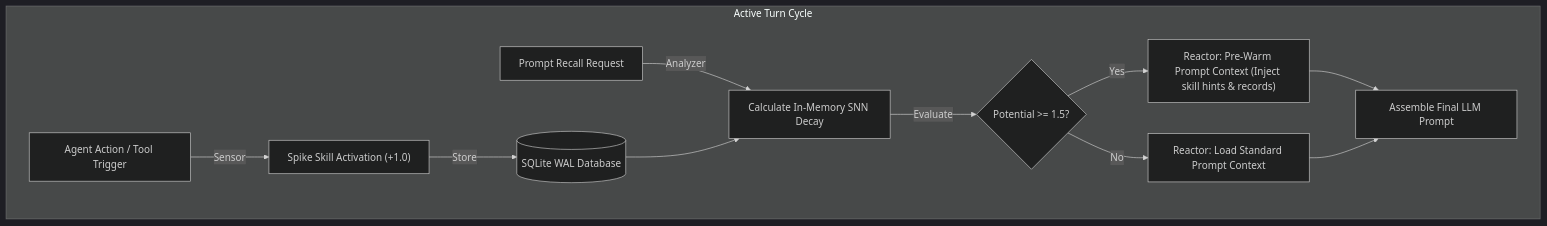
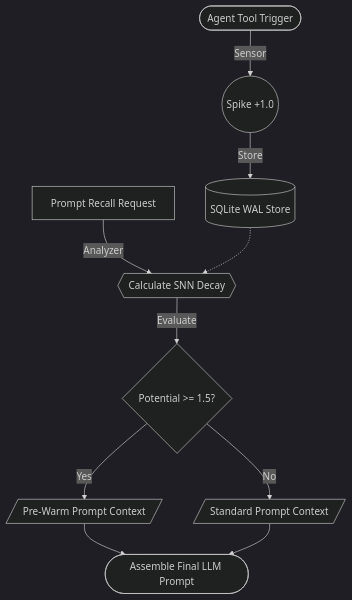
One commit to kinqsradiollc/BrainRouter changed the second of 2 diagrams in README.md. Above: the diagram before and after it, drawn with Mermaid (dark theme). The commit also changed other lines of this file, not shown here.

Commit message:
docs: restructure README to enterprise layout and highlight core architecture

````diff
--- a/README.md
+++ b/README.md
@@ -47,17 +56,21 @@
 ```mermaid
 graph TD
-    subgraph "Active Turn Cycle"
-        action["Agent Action / Tool Trigger"] -->|Sensor| spike["Spike Skill Activation (+1.0)"]
-        spike -->|Store| db[(SQLite WAL Database)]
-        
-        recall["Prompt Recall Request"] -->|Analyzer| decay["Calculate In-Memory SNN Decay"]
-        db --> decay
-        decay -->|Evaluate| check{"Potential >= 1.5?"}
-        
-        check -->|Yes| prewarm["Reactor: Pre-Warm Prompt Context (Inject skill hints & records)"]
-        check -->|No| fallback["Reactor: Load Standard Prompt Context"]
-        
-        prewarm --> assemble["Assemble Final LLM Prompt"]
-        fallback --> assemble
-    end
+    action([Agent Tool Trigger])
+    spike((Spike +1.0))
+    db[(SQLite WAL Store)]
+    decay{{Calculate SNN Decay}}
+    check{Potential >= 1.5?}
+    prewarm[/Pre-Warm Prompt Context/]
+    fallback[/Standard Prompt Context/]
+    assemble([Assemble Final LLM Prompt])
+
+    action -->|Sensor| spike
+    spike -->|Store| db
+    recall["Prompt Recall Request"] -->|Analyzer| decay
+    db -.-> decay
+    decay -->|Evaluate| check
+    check -->|Yes| prewarm
+    check -->|No| fallback
+    prewarm --> assemble
+    fallback --> assemble
 ```
````
